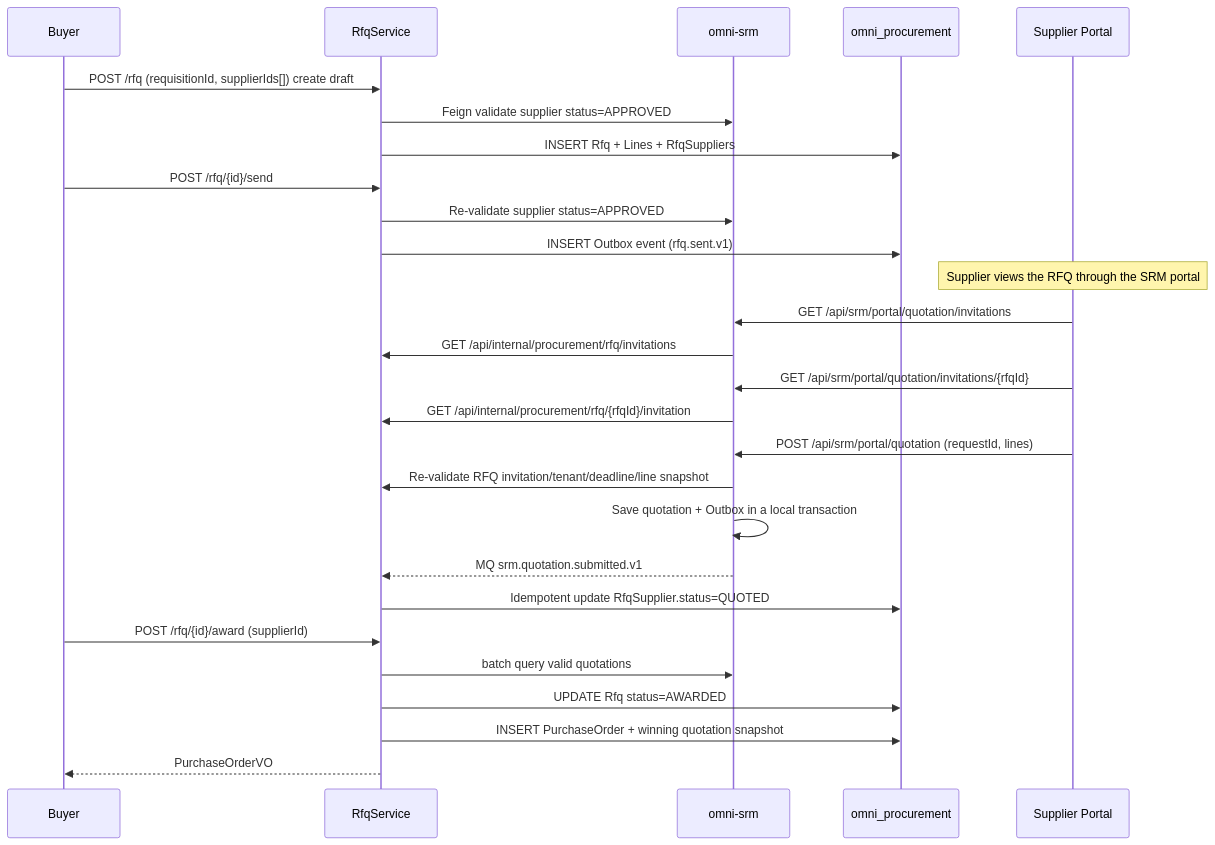
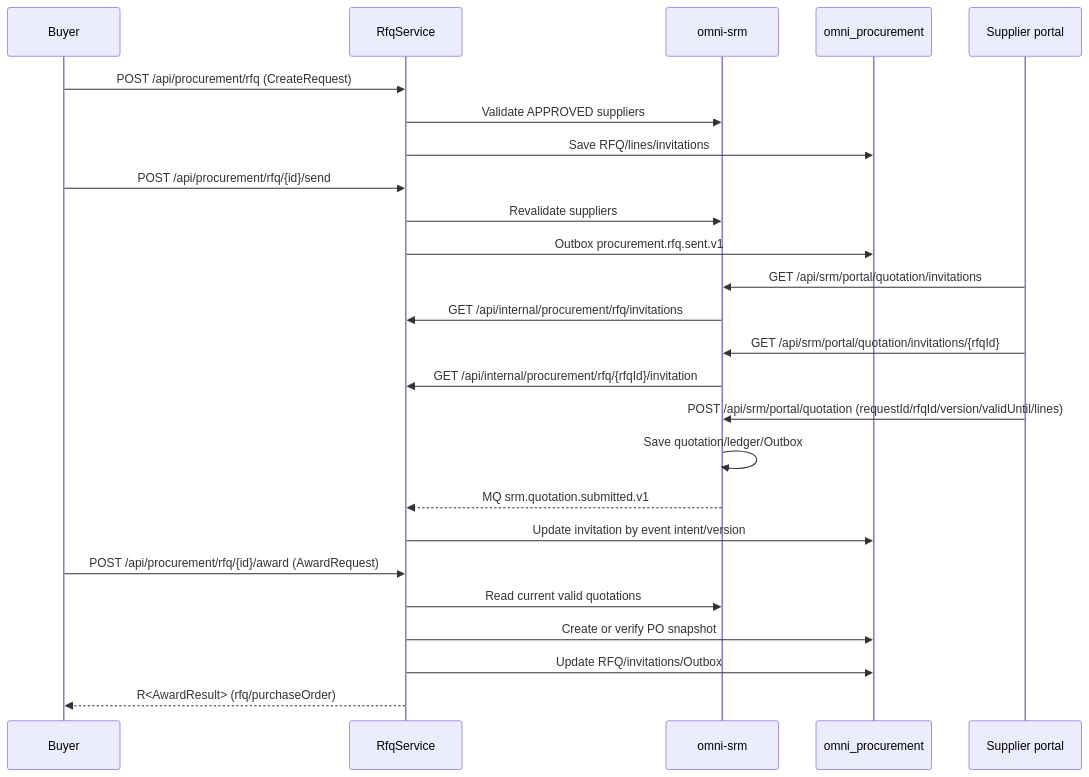
One commit to wang-baohai/Omni-Stack changed the fifth of 7 diagrams in docs/design/procurement-design.en.md. Above: the diagram before and after it, drawn with Mermaid. The commit also changed other lines of this file and 1095 other files, not shown here.

````diff
--- a/docs/design/procurement-design.en.md
+++ b/docs/design/procurement-design.en.md
@@ -280,33 +285,27 @@
 ```mermaid
 sequenceDiagram
     participant BUYER as Buyer
     participant S as RfqService
     participant SRM as omni-srm
     participant DB as omni_procurement
-    participant SUP as Supplier Portal
-
-    BUYER->>S: POST /rfq (requisitionId, supplierIds[]) create draft
-    S->>SRM: Feign validate supplier status=APPROVED
-    S->>DB: INSERT Rfq + Lines + RfqSuppliers
-    BUYER->>S: POST /rfq/{id}/send
-    S->>SRM: Re-validate supplier status=APPROVED
-    S->>DB: INSERT Outbox event (rfq.sent.v1)
-
-    Note over SUP: Supplier views the RFQ through the SRM portal
-
+    participant SUP as Supplier portal
+    BUYER->>S: POST /api/procurement/rfq (CreateRequest)
+    S->>SRM: Validate APPROVED suppliers
+    S->>DB: Save RFQ/lines/invitations
+    BUYER->>S: POST /api/procurement/rfq/{id}/send
+    S->>SRM: Revalidate suppliers
+    S->>DB: Outbox procurement.rfq.sent.v1
     SUP->>SRM: GET /api/srm/portal/quotation/invitations
     SRM->>S: GET /api/internal/procurement/rfq/invitations
     SUP->>SRM: GET /api/srm/portal/quotation/invitations/{rfqId}
     SRM->>S: GET /api/internal/procurement/rfq/{rfqId}/invitation
-    SUP->>SRM: POST /api/srm/portal/quotation (requestId, lines)
-    SRM->>S: Re-validate RFQ invitation/tenant/deadline/line snapshot
-    SRM->>SRM: Save quotation + Outbox in a local transaction
+    SUP->>SRM: POST /api/srm/portal/quotation (requestId/rfqId/version/validUntil/lines)
+    SRM->>SRM: Save quotation/ledger/Outbox
     SRM-->>S: MQ srm.quotation.submitted.v1
-    S->>DB: Idempotent update RfqSupplier.status=QUOTED
-
-    BUYER->>S: POST /rfq/{id}/award (supplierId)
-    S->>SRM: batch query valid quotations
-    S->>DB: UPDATE Rfq status=AWARDED
-    S->>DB: INSERT PurchaseOrder + winning quotation snapshot
-    S-->>BUYER: PurchaseOrderVO
+    S->>DB: Update invitation by event intent/version
+    BUYER->>S: POST /api/procurement/rfq/{id}/award (AwardRequest)
+    S->>SRM: Read current valid quotations
+    S->>DB: Create or verify PO snapshot
+    S->>DB: Update RFQ/invitations/Outbox
+    S-->>BUYER: R<AwardResult> (rfq/purchaseOrder)
 ```
````
